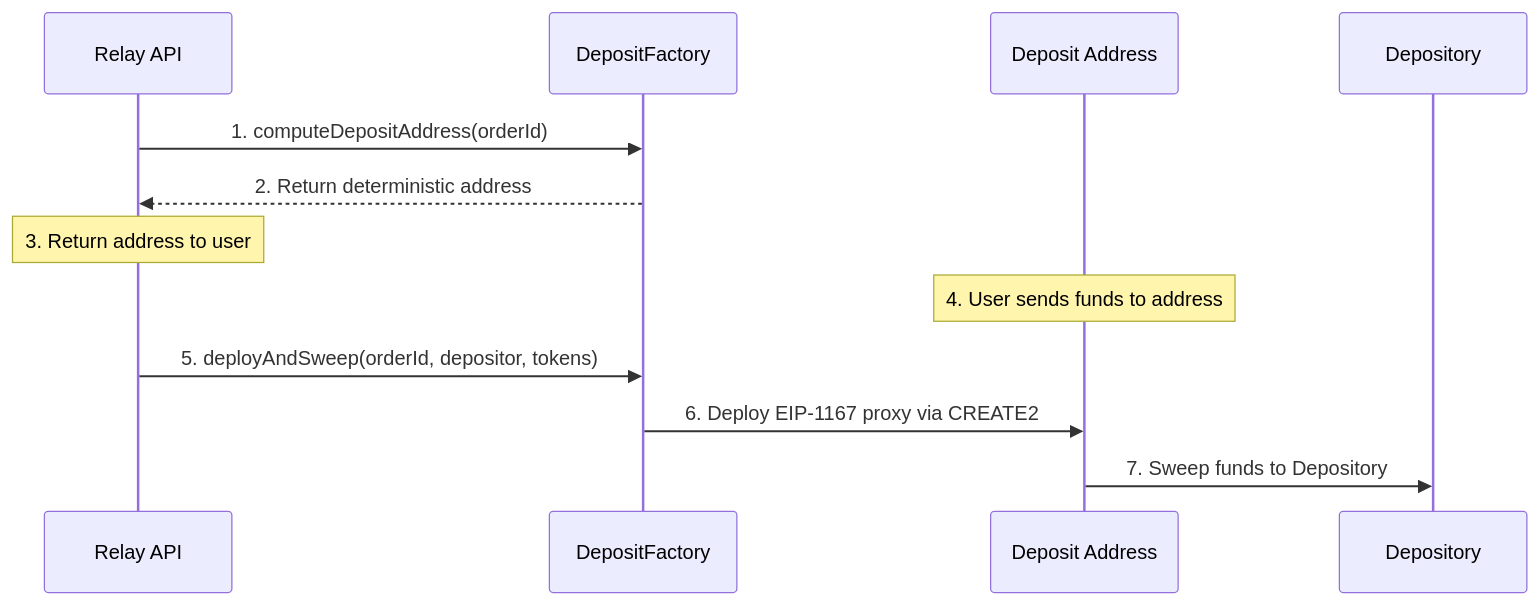
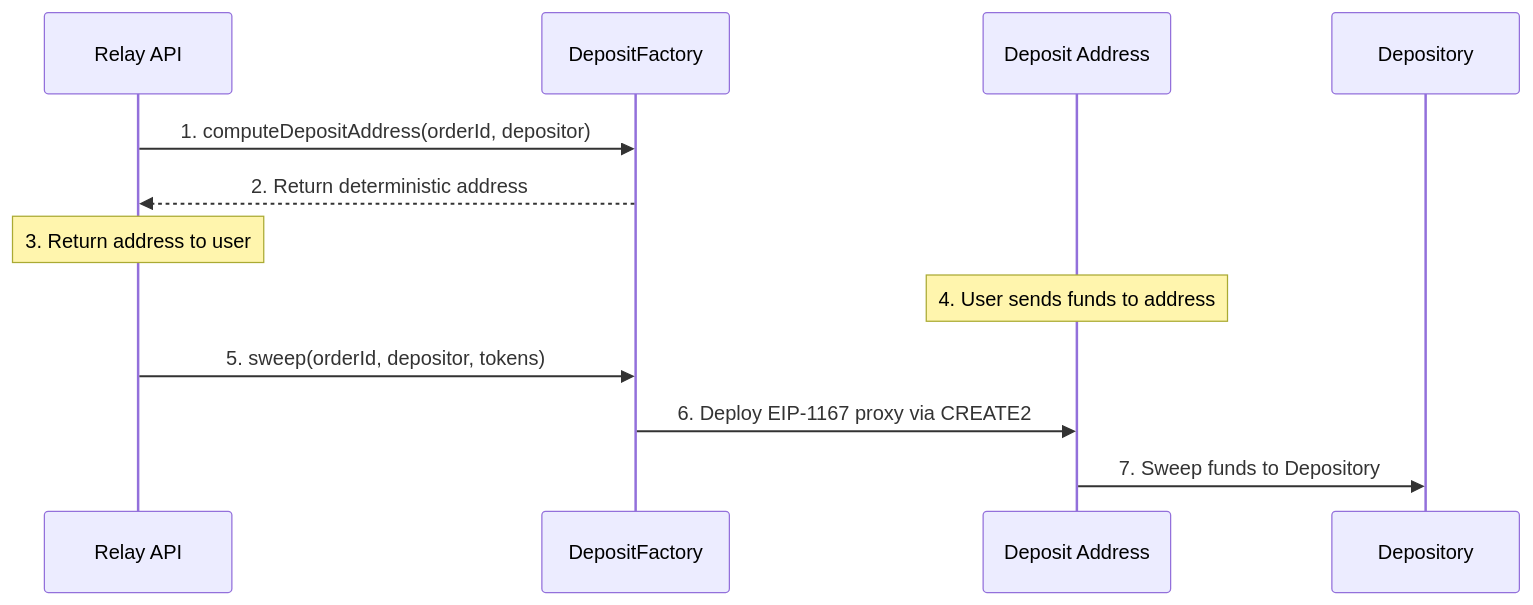
The diagram in references/protocol/components/deposit-addresses.mdx (relayprotocol/relay-docs), drawn with Mermaid before and after one commit. The commit also changed other lines of this file and 7 other files, not shown here.

````diff
--- a/references/protocol/components/deposit-addresses.mdx
+++ b/references/protocol/components/deposit-addresses.mdx
@@ -21,15 +21,15 @@
 ```mermaid
 sequenceDiagram
     participant API as Relay API
     participant F as DepositFactory
     participant DA as Deposit Address
     participant D as Depository
 
-    API->>F: 1. computeDepositAddress(orderId)
+    API->>F: 1. computeDepositAddress(orderId, depositor)
     F-->>API: 2. Return deterministic address
     Note over API: 3. Return address to user
     Note over DA: 4. User sends funds to address
-    API->>F: 5. deployAndSweep(orderId, depositor, tokens)
+    API->>F: 5. sweep(orderId, depositor, tokens)
     F->>DA: 6. Deploy EIP-1167 proxy via CREATE2
     DA->>D: 7. Sweep funds to Depository
 ```
````
